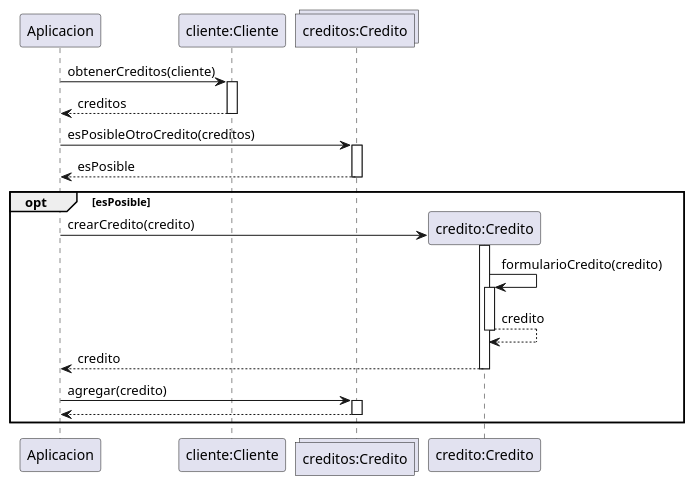
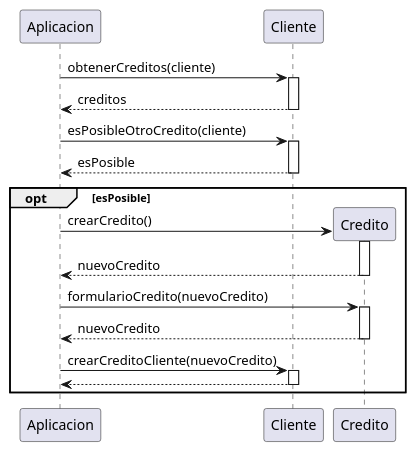
The diagram in altacredito.puml (HeraclitoDeEfeso/TP-final-parte-2), drawn with PlantUML before and after one commit. The commit also changed 1 other file, not shown here.

Commit message:
Diagrama de secuencia: de acuerdo a implementacion

```diff
--- a/altacredito.puml
+++ b/altacredito.puml
@@ -1,27 +1,26 @@
 @startuml
 
 participant Aplicacion
-participant "cliente:Cliente" as Cliente
-collections "creditos:Credito" as Array
-participant "credito:Credito" as Credito
+participant Cliente
+participant Credito
 
 Aplicacion -> Cliente: obtenerCreditos(cliente)
 activate Cliente
 return creditos
-Aplicacion -> Array: esPosibleOtroCredito(creditos)
-activate Array
+Aplicacion -> Cliente: esPosibleOtroCredito(cliente)
+activate Cliente
 return esPosible
 opt esPosible
 	create Credito
-	Aplicacion -> Credito: crearCredito(credito)
+	Aplicacion -> Credito: crearCredito()
 	activate Credito
-	Credito -> Credito: formularioCredito(credito)
+	return nuevoCredito
+	Aplicacion -> Credito: formularioCredito(nuevoCredito)
 	activate Credito
-	return credito
-	return credito
-	Aplicacion -> Array: agregar(credito)
-	activate Array
-	return	
+	return nuevoCredito
+	Aplicacion -> Cliente: crearCreditoCliente(nuevoCredito)
+	activate Cliente
+	return
 end
 
 @enduml
```
